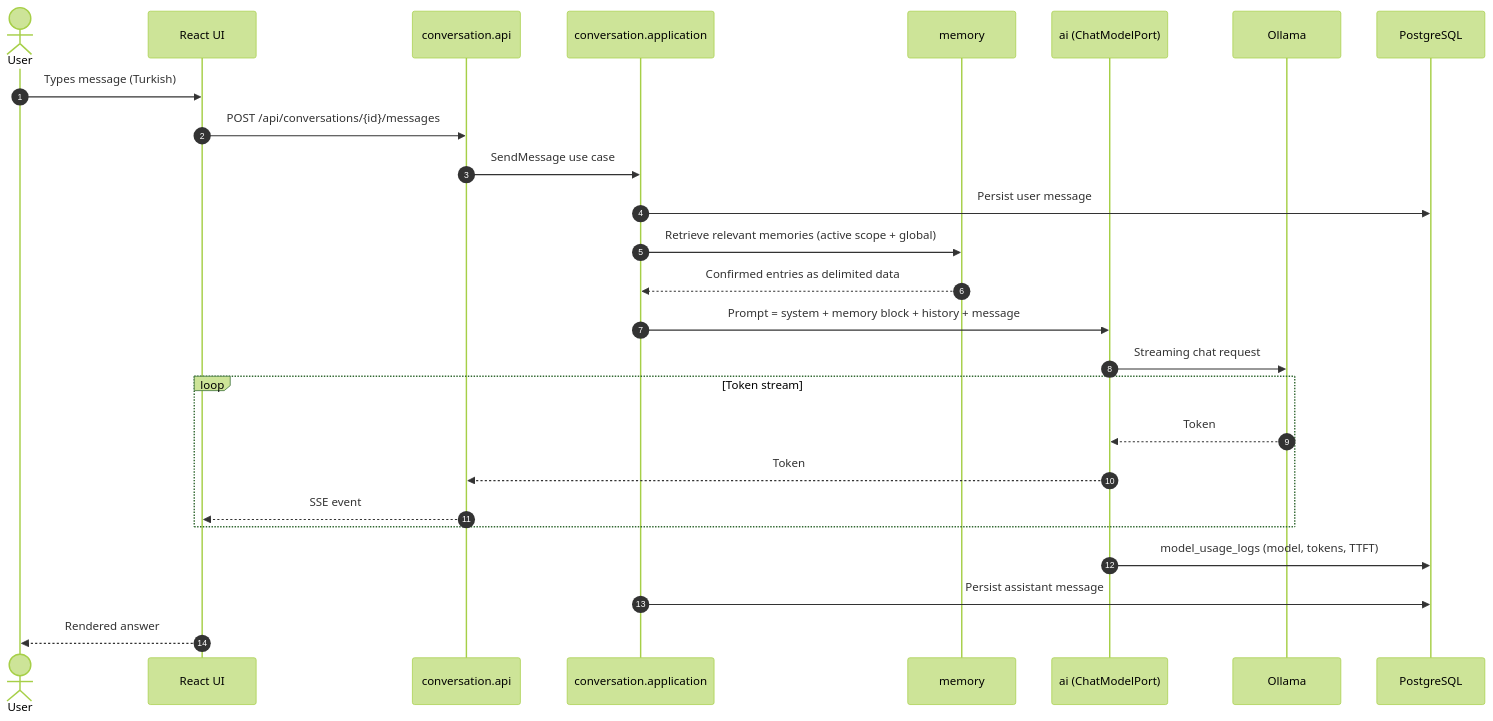
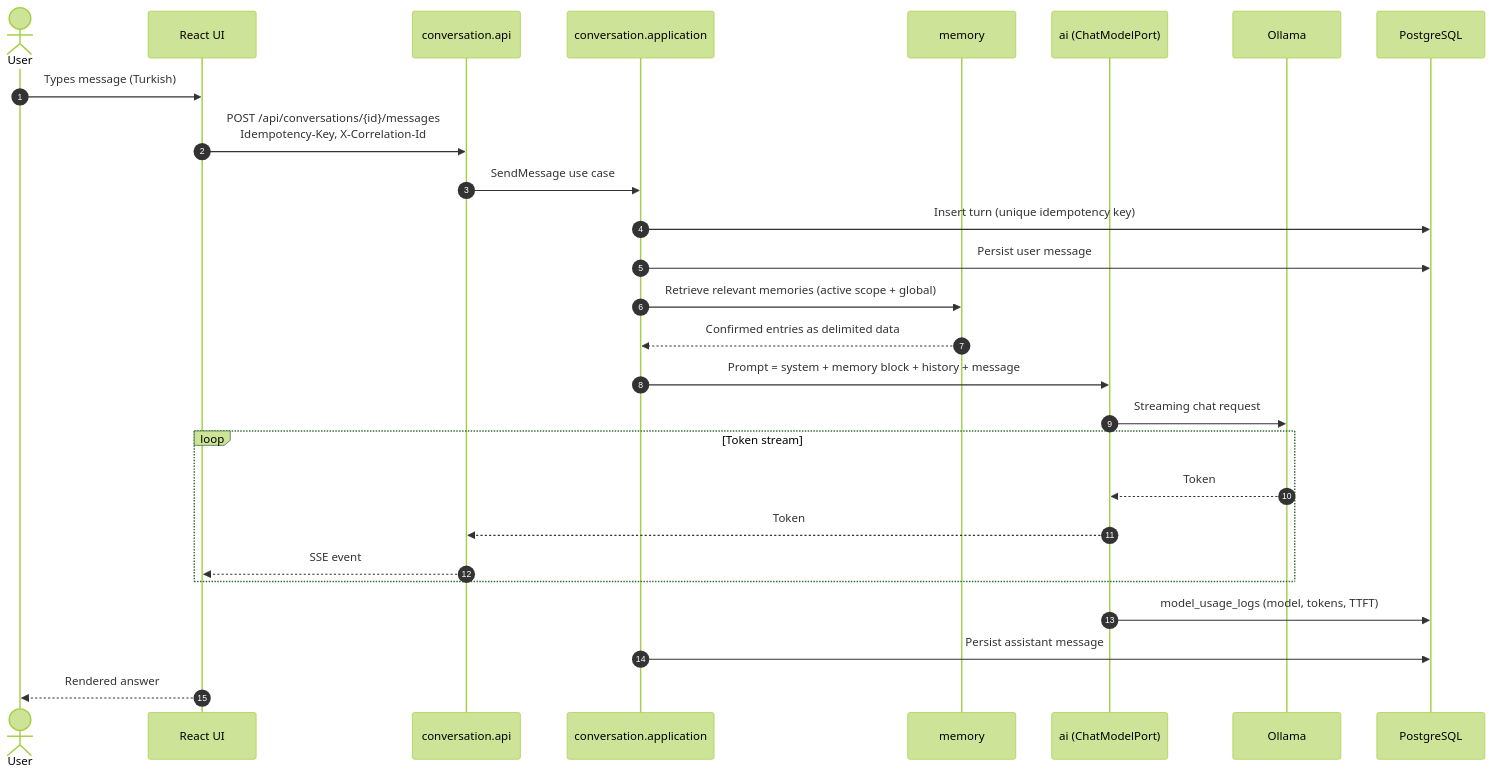
Before and after one commit to eerenyilmazz/mell-assistant: the fifth of 21 diagrams in docs/PLAN.md, drawn with Mermaid (forest theme). The commit also changed other lines of this file and 1 other file, not shown here.

First line of the commit message:
docs(plan): v0.5 architecture fixes from v0.4 review

````diff
--- a/docs/PLAN.md
+++ b/docs/PLAN.md
@@ -204,29 +268,30 @@
 ```mermaid
 sequenceDiagram
     autonumber
     actor U as User
     participant UI as React UI
     participant API as conversation.api
     participant APP as conversation.application
     participant MEM as memory
     participant AI as ai (ChatModelPort)
     participant OL as Ollama
     participant DB as PostgreSQL
 
     U->>UI: Types message (Turkish)
-    UI->>API: POST /api/conversations/{id}/messages
+    UI->>API: POST /api/conversations/{id}/messages<br/>Idempotency-Key, X-Correlation-Id
     API->>APP: SendMessage use case
+    APP->>DB: Insert turn (unique idempotency key)
     APP->>DB: Persist user message
     APP->>MEM: Retrieve relevant memories (active scope + global)
     MEM-->>APP: Confirmed entries as delimited data
     APP->>AI: Prompt = system + memory block + history + message
     AI->>OL: Streaming chat request
     loop Token stream
         OL-->>AI: Token
         AI-->>API: Token
         API-->>UI: SSE event
     end
     AI->>DB: model_usage_logs (model, tokens, TTFT)
     APP->>DB: Persist assistant message
     UI-->>U: Rendered answer
 ```
````
